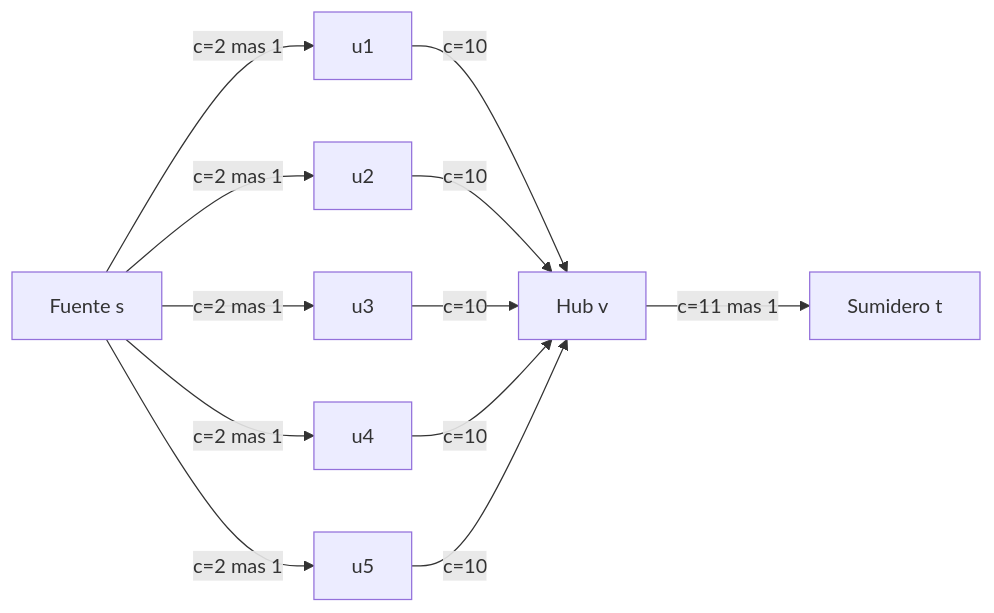
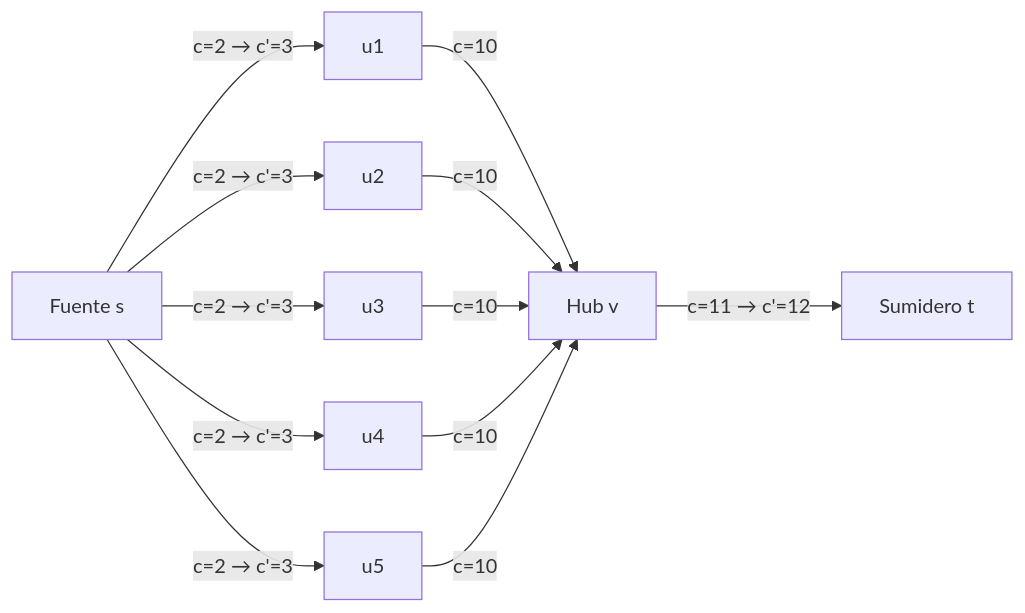
One commit to nbrian96/tda-2C2026-material changed diagram 28 of 42 in guia_tda_parciales.md. Above: the diagram before and after it, drawn with Mermaid. The commit also changed other lines of this file and 23 other files, not shown here.

Commit message:
feat(auditoria): mejoras integrales de UX/UI, textos, formulas KaTeX y diagramas Mermaid

````diff
--- a/guia_tda_parciales.md
+++ b/guia_tda_parciales.md
@@ -3544,14 +3682,14 @@
 ```mermaid
 flowchart LR
-    S_SRC["Fuente s"] -->|c=2 mas 1| u1["u1"]
-    S_SRC -->|c=2 mas 1| u2["u2"]
-    S_SRC -->|c=2 mas 1| u3["u3"]
-    S_SRC -->|c=2 mas 1| u4["u4"]
-    S_SRC -->|c=2 mas 1| u5["u5"]
+    S_SRC["Fuente s"] -->|c=2 → c'=3| u1["u1"]
+    S_SRC -->|c=2 → c'=3| u2["u2"]
+    S_SRC -->|c=2 → c'=3| u3["u3"]
+    S_SRC -->|c=2 → c'=3| u4["u4"]
+    S_SRC -->|c=2 → c'=3| u5["u5"]
     u1 -->|c=10| v["Hub v"]
     u2 -->|c=10| v
     u3 -->|c=10| v
     u4 -->|c=10| v
     u5 -->|c=10| v
-    v -->|c=11 mas 1| T_SNK["Sumidero t"]
+    v -->|c=11 → c'=12| T_SNK["Sumidero t"]
 ```
````
